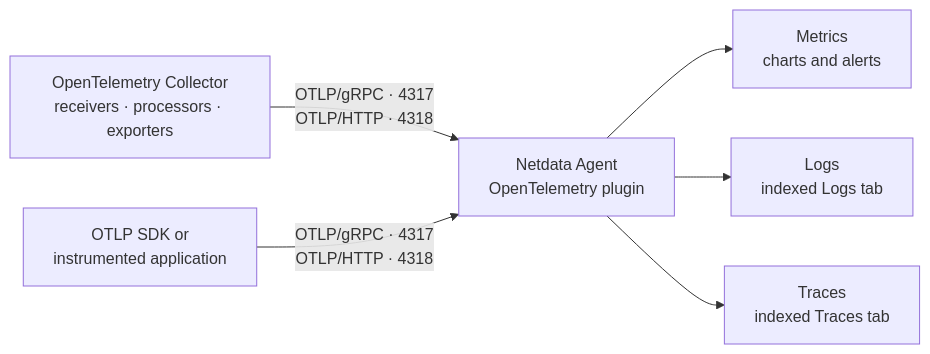
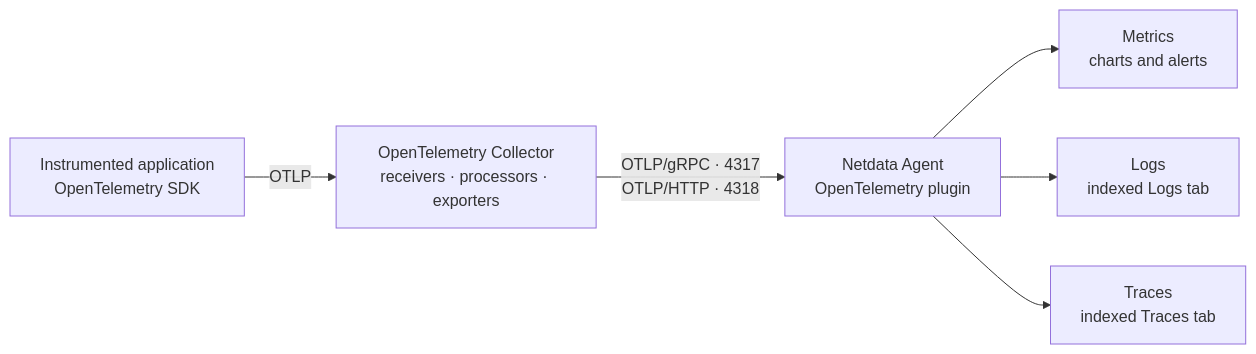
Before and after one commit to netdata/netdata: the diagram in docs/opentelemetry/otlp-ingestion.md, drawn with Mermaid. The commit also changed other lines of this file and 4 other files, not shown here.

````diff
--- a/docs/opentelemetry/otlp-ingestion.md
+++ b/docs/opentelemetry/otlp-ingestion.md
@@ -17,8 +17,8 @@
 ```mermaid
 flowchart LR
+    app["Instrumented application<br/>OpenTelemetry SDK"] -->|OTLP| collector
     collector["OpenTelemetry Collector<br/>receivers · processors · exporters"] -->|"OTLP/gRPC · 4317<br/>OTLP/HTTP · 4318"| plugin["Netdata Agent<br/>OpenTelemetry plugin"]
-    sdk["OTLP SDK or<br/>instrumented application"] -->|"OTLP/gRPC · 4317<br/>OTLP/HTTP · 4318"| plugin
     plugin --> metrics["Metrics<br/>charts and alerts"]
     plugin --> logs["Logs<br/>indexed Logs tab"]
     plugin --> traces["Traces<br/>indexed Traces tab"]
 ```
````
